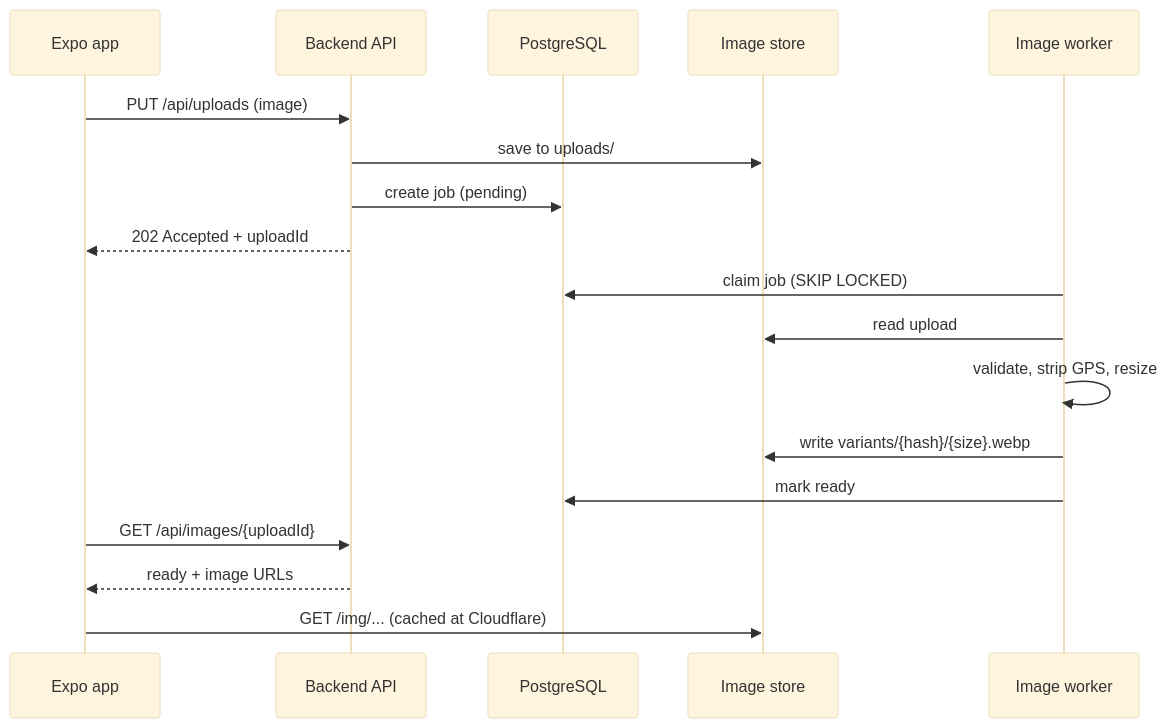
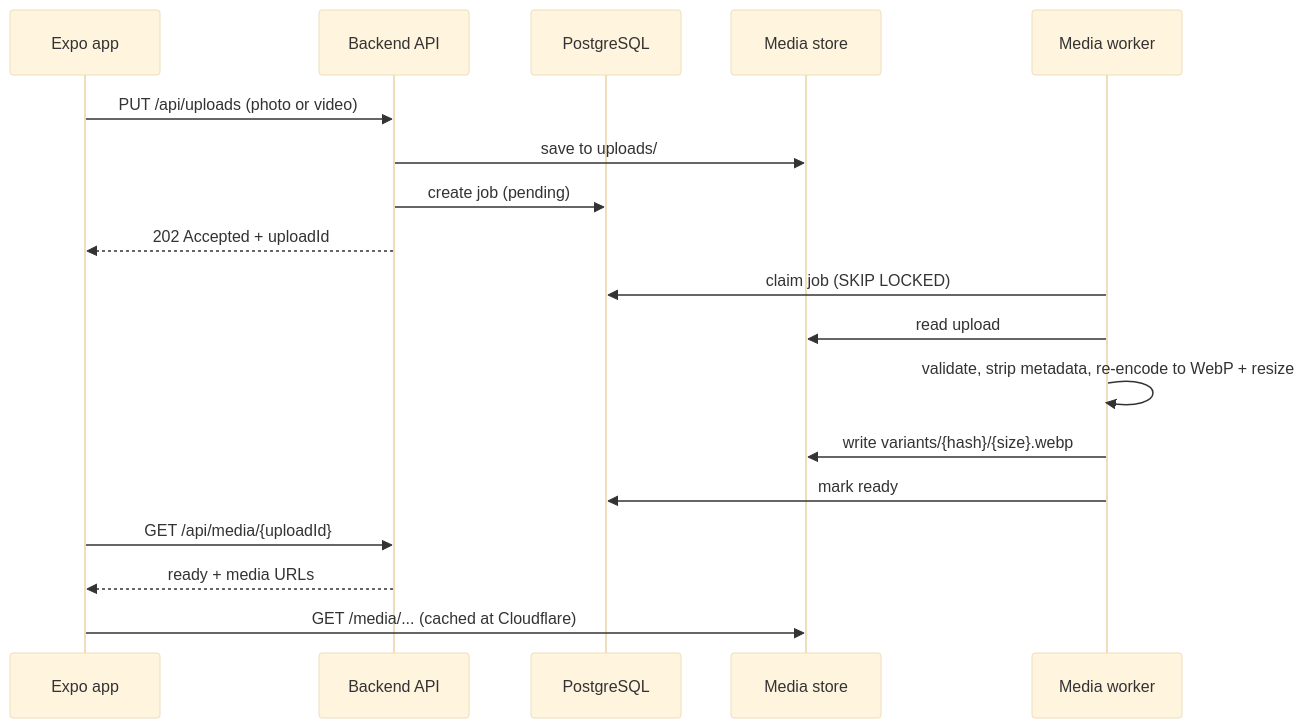
Before and after one commit to Aarhus-tech-project/2026q4-h5-projektstyring-og-app-programmering-group-2: the second of 2 diagrams in ServiceDiagram.md, drawn with Mermaid (base theme). The commit also changed other lines of this file and 1 other file, not shown here.

Commit message:
newer service diagram

````diff
--- a/ServiceDiagram.md
+++ b/ServiceDiagram.md
@@ -53,23 +53,23 @@
 ```mermaid
 sequenceDiagram
     participant App as Expo app
     participant API as Backend API
     participant DB as PostgreSQL
-    participant Store as Image store
-    participant W as Image worker
+    participant Store as Media store
+    participant W as Media worker
 
-    App->>API: PUT /api/uploads (image)
+    App->>API: PUT /api/uploads (photo or video)
     API->>Store: save to uploads/
     API->>DB: create job (pending)
     API-->>App: 202 Accepted + uploadId
 
     W->>DB: claim job (SKIP LOCKED)
     W->>Store: read upload
-    W->>W: validate, strip GPS, resize
+    W->>W: validate, strip metadata, re-encode to WebP + resize
     W->>Store: write variants/{hash}/{size}.webp
     W->>DB: mark ready
 
-    App->>API: GET /api/images/{uploadId}
-    API-->>App: ready + image URLs
-    App->>Store: GET /img/... (cached at Cloudflare)
+    App->>API: GET /api/media/{uploadId}
+    API-->>App: ready + media URLs
+    App->>Store: GET /media/... (cached at Cloudflare)
 ```
````
